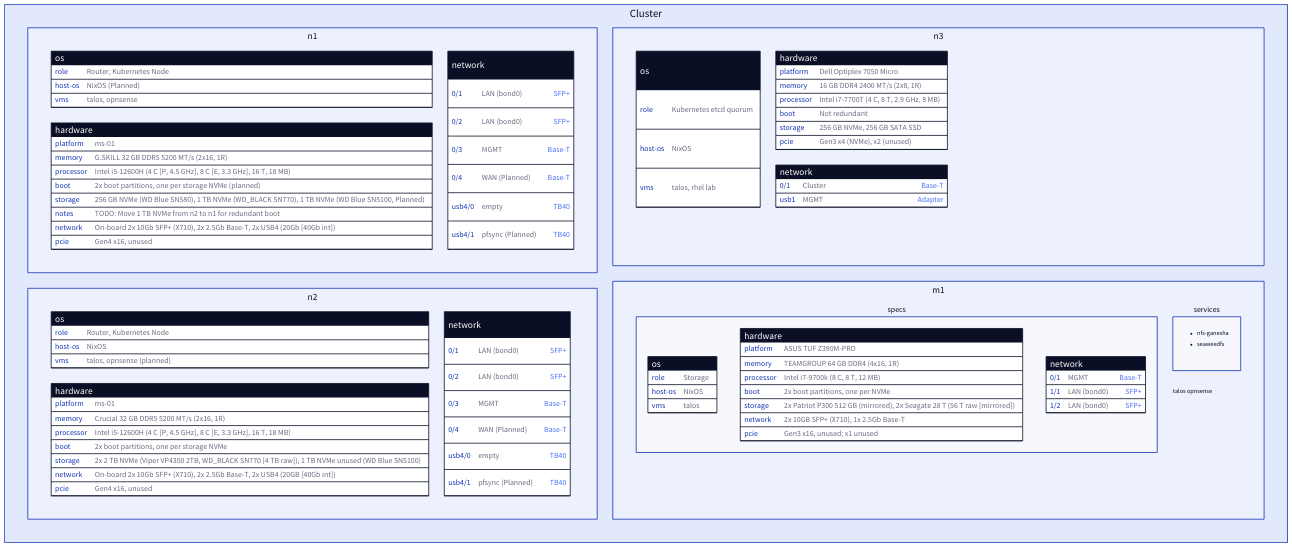
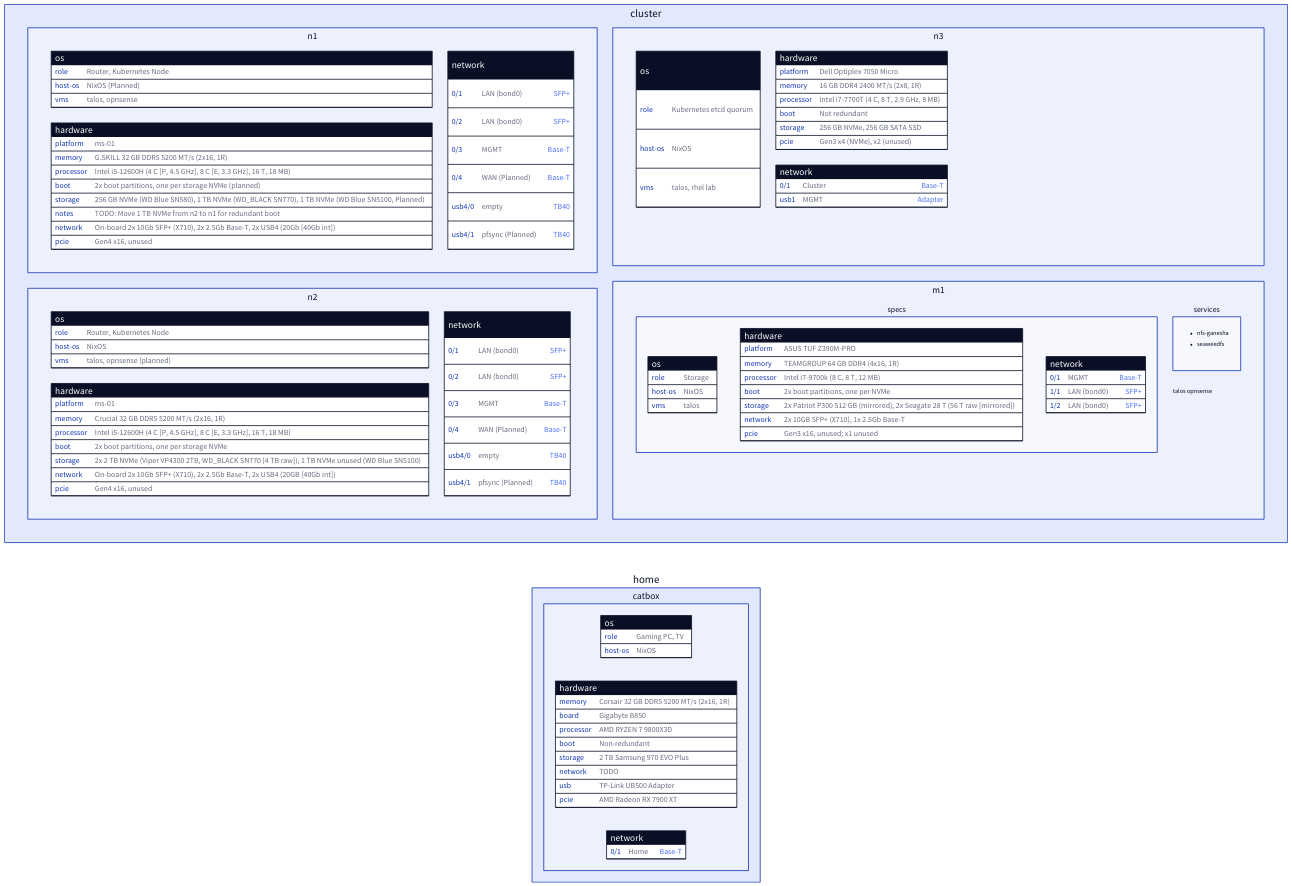
One commit to Liana64/dotfiles changed the diagram in docs/diagrams/homelab.d2. Above: the diagram before and after it, drawn with D2. The commit also changed 1 other file, not shown here.

Commit message:
docs: update homelab with catbox

```diff
--- a/docs/diagrams/homelab.d2
+++ b/docs/diagrams/homelab.d2
@@ -1,124 +1,148 @@
 direction: right
 
-cluster: Cluster {
+cluster: {
   grid-columns: 2
 
   n1: {
     grid-columns: 2
     os: {
       shape: sql_table
       role: Router, Kubernetes Node
       host-os: NixOS (Planned)
       vms: talos, opnsense
     }
     hardware: {
       shape: sql_table
       platform: ms-01
       memory: G.SKILL 32 GB DDR5 5200 MT/s (2x16, 1R)
       processor: "Intel i5-12600H (4 C [P, 4.5 GHz], 8 C [E, 3.3 GHz], 16 T, 18 MB)"
       boot: 2x boot partitions, one per storage NVMe (planned)
       storage: 256 GB NVMe (WD Blue SN580), 1 TB NVMe (WD_BLACK SN770), 1 TB NVMe (WD Blue SN5100, Planned)
       notes: "TODO: Move 1 TB NVMe from n2 to n1 for redundant boot"
       network: "On-board 2x 10Gb SFP+ (X710), 2x 2.5Gb Base-T, 2x USB4 (20Gb [40Gb int])"
       pcie: Gen4 x16, unused
     }
     network: {
       shape: sql_table
       "0/1": LAN (bond0) {constraint: SFP+}
       "0/2": LAN (bond0) {constraint: SFP+}
       "0/3": MGMT {constraint: Base-T}
       "0/4": WAN (Planned) {constraint: Base-T}
       usb4/0: empty {constraint: TB40}
       usb4/1: pfsync (Planned) {constraint: TB40}
     }
   }
   n2: {
     grid-columns: 2
     os: {
       shape: sql_table
       role: Router, Kubernetes Node
       host-os: NixOS
       vms: talos, opnsense (planned)
     }
     hardware: {
       shape: sql_table
       platform: ms-01
       memory: Crucial 32 GB DDR5 5200 MT/s (2x16, 1R)
       processor: "Intel i5-12600H (4 C [P, 4.5 GHz], 8 C [E, 3.3 GHz], 16 T, 18 MB)"
       boot: 2x boot partitions, one per storage NVMe
       storage: "2x 2 TB NVMe (Viper VP4300 2TB, WD_BLACK SN770 [4 TB raw]), 1 TB NVMe unused (WD Blue SN5100)"
       network: "On-board 2x 10Gb SFP+ (X710), 2x 2.5Gb Base-T, 2x USB4 (20GB [40Gb int])"
       pcie: Gen4 x16, unused
     }
     network: {
       shape: sql_table
       "0/1": LAN (bond0) {constraint: SFP+}
       "0/2": LAN (bond0) {constraint: SFP+}
       "0/3": MGMT {constraint: Base-T}
       "0/4": WAN (Planned) {constraint: Base-T}
       usb4/0: empty {constraint: TB40}
       usb4/1: pfsync (Planned) {constraint: TB40}
     }
   }
   n3: {
     grid-columns: 2
     os: {
       shape: sql_table
       role: Kubernetes etcd quorum
       host-os: NixOS
       vms: talos, rhel lab
     }
     hardware: {
       shape: sql_table
       platform: Dell Optiplex 7050 Micro
       memory: 16 GB DDR4 2400 MT/s (2x8, 1R)
       processor: Intel i7-7700T (4 C, 8 T, 2.9 GHz, 8 MB)
       boot: Not redundant
       storage: 256 GB NVMe, 256 GB SATA SSD
       pcie: Gen3 x4 (NVMe), x2 (unused)
     }
     network: {
       shape: sql_table
       "0/1": Cluster {constraint: Base-T}
       usb1: MGMT {constraint: Adapter}
     }
   }
   m1: {
     grid-columns: 2
     specs: {
       direction: down
       os: {
         shape: sql_table
         role: Storage
         host-os: NixOS
         vms: talos
       }
       hardware: {
         shape: sql_table
         platform: ASUS TUF Z390M-PRO
         memory: TEAMGROUP 64 GB DDR4 (4x16, 1R)
         processor: "Intel i7-9700k (8 C, 8 T, 12 MB)"
         boot: 2x boot partitions, one per NVMe
         storage: "2x Patriot P300 512 GB (mirrored), 2x Seagate 28 T (56 T raw [mirrored])"
         network: 2x 10GB SFP+ (X710), 1x 2.5Gb Base-T
         pcie: "Gen3 x16, unused; x1 unused"
       }
       network: {
         shape: sql_table
         "0/1": MGMT {constraint: Base-T}
         "1/1": LAN (bond0) {constraint: SFP+}
         "1/2": LAN (bond0) {constraint: SFP+}
       }
     }
     services: {
       userspace: |md
         - nfs-ganesha
         - seaweedfs
       |
     }
     libvirtd: |md
       talos
       opnsense
     |
   }
 }
+home: {
+  catbox: {
+    os: {
+      shape: sql_table
+      role: Gaming PC, TV
+      host-os: NixOS
+    }
+    hardware: {
+      shape: sql_table
+      memory: Corsair 32 GB DDR5 5200 MT/s (2x16, 1R)
+      board: "Gigabyte B850"
+      processor: "AMD RYZEN 7 9800X3D"
+      boot: Non-redundant
+      storage: 2 TB Samsung 970 EVO Plus
+      network: TODO
+      usb: TP-Link UB500 Adapter
+      pcie: AMD Radeon RX 7900 XT
+    }
+    network: {
+      shape: sql_table
+      "0/1": Home {constraint: Base-T}
+    }
+  }
+}
```
